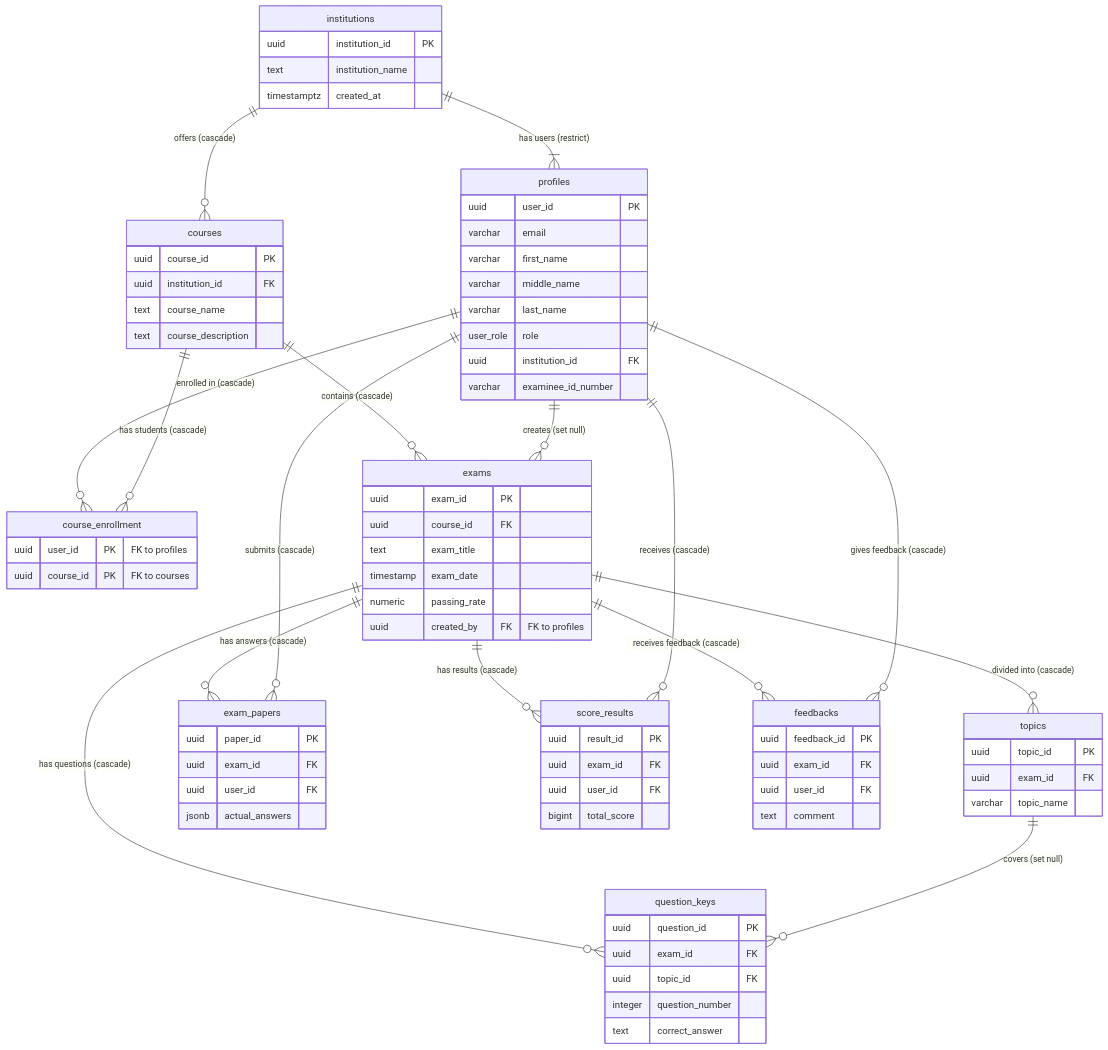
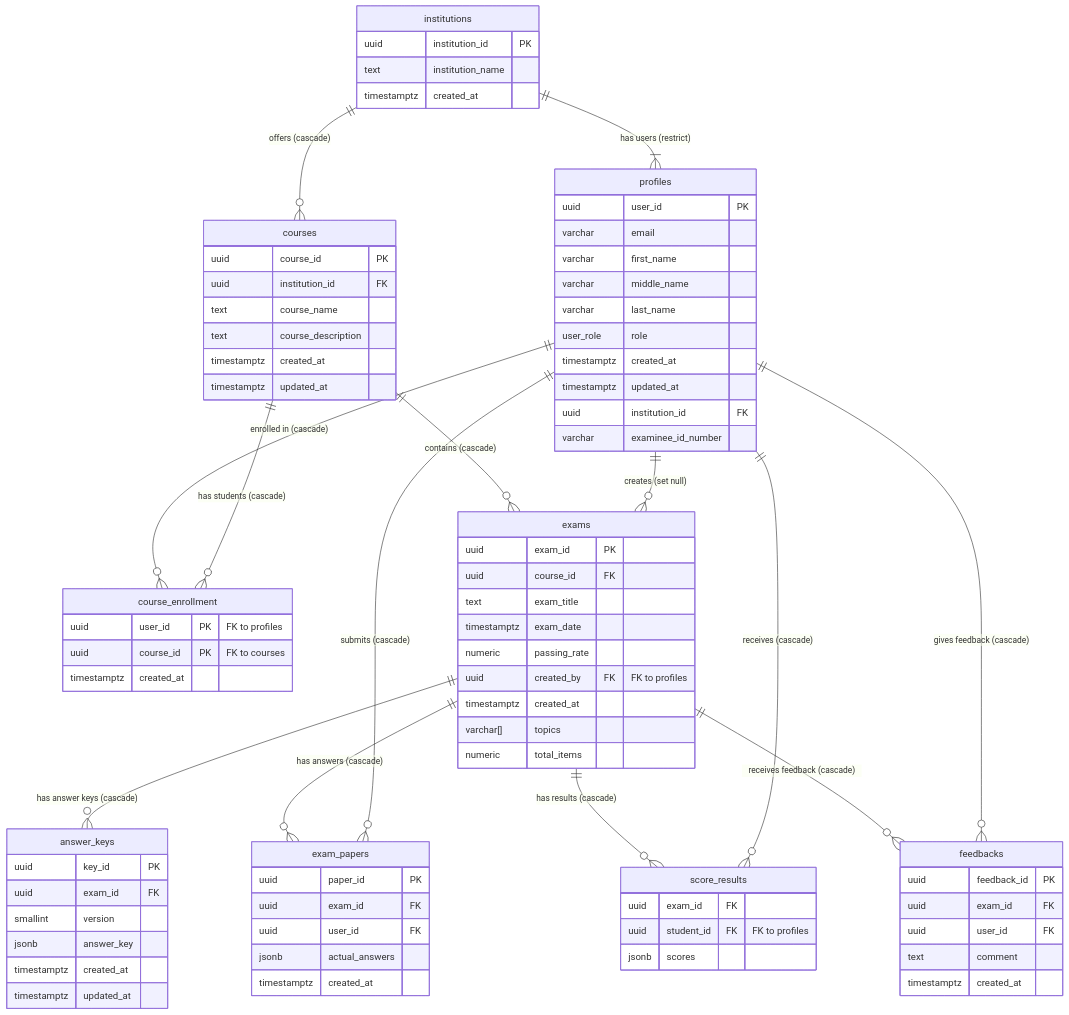
The diagram in src/lib/supabase/schema/SCHEMA.md (ja-varron/wild-rift), drawn with Mermaid before and after one commit.

Commit message:
Update SCHEMA based on the SQL files

````diff
--- a/src/lib/supabase/schema/SCHEMA.md
+++ b/src/lib/supabase/schema/SCHEMA.md
@@ -10,9 +10,7 @@
     courses ||--o{ course_enrollment : "has students (cascade)"
     courses ||--o{ exams : "contains (cascade)"
     profiles ||--o{ exams : "creates (set null)"
-    exams ||--o{ topics : "divided into (cascade)"
-    exams ||--o{ question_keys : "has questions (cascade)"
-    topics ||--o{ question_keys : "covers (set null)"
+    exams ||--o{ answer_keys : "has answer keys (cascade)"
     exams ||--o{ exam_papers : "has answers (cascade)"
     profiles ||--o{ exam_papers : "submits (cascade)"
     exams ||--o{ score_results : "has results (cascade)"
@@ -33,6 +31,8 @@
         varchar middle_name
         varchar last_name
         user_role role
+        timestamptz created_at
+        timestamptz updated_at
         uuid institution_id FK
         varchar examinee_id_number
     }
@@ -42,34 +42,35 @@
         uuid institution_id FK
         text course_name
         text course_description
+        timestamptz created_at
+        timestamptz updated_at
     }
 
     course_enrollment {
         uuid user_id PK "FK to profiles"
         uuid course_id PK "FK to courses"
+        timestamptz created_at
     }
 
     exams {
         uuid exam_id PK
         uuid course_id FK
         text exam_title
-        timestamp exam_date
+        timestamptz exam_date
         numeric passing_rate
         uuid created_by FK "FK to profiles"
+        timestamptz created_at
+        varchar[] topics
+        numeric total_items
     }
 
-    topics {
-        uuid topic_id PK
+    answer_keys {
+        uuid key_id PK
         uuid exam_id FK
-        varchar topic_name
-    }
-
-    question_keys {
-        uuid question_id PK
-        uuid exam_id FK
-        uuid topic_id FK
-        integer question_number
-        text correct_answer
+        smallint version
+        jsonb answer_key
+        timestamptz created_at
+        timestamptz updated_at
     }
 
     exam_papers {
@@ -77,13 +78,13 @@
         uuid exam_id FK
         uuid user_id FK
         jsonb actual_answers
+        timestamptz created_at
     }
 
     score_results {
-        uuid result_id PK
         uuid exam_id FK
-        uuid user_id FK
-        bigint total_score
+        uuid student_id FK "FK to profiles"
+        jsonb scores
     }
 
     feedbacks {
@@ -91,5 +92,6 @@
         uuid exam_id FK
         uuid user_id FK
         text comment
+        timestamptz created_at
     }
 ```
````
